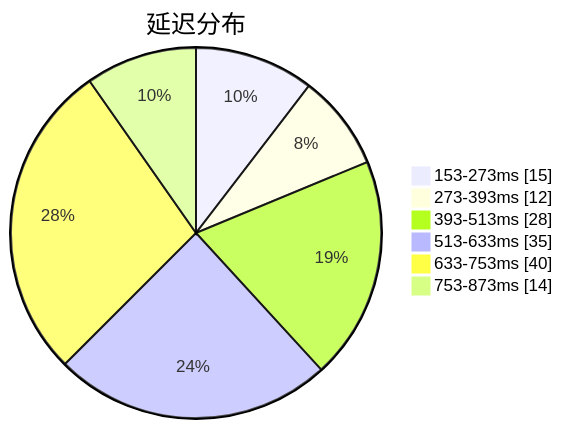
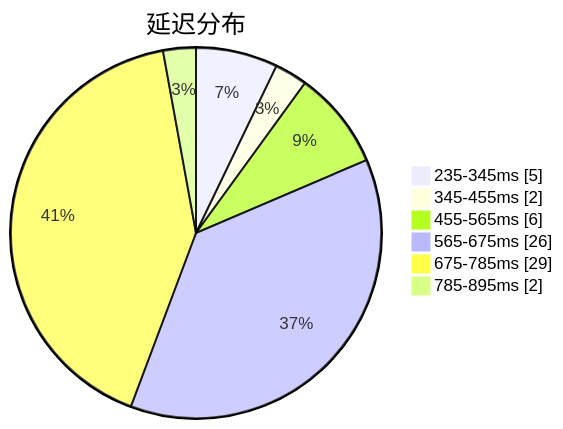
One commit to qjlxg/airport changed the first of 3 diagrams in subs/statistics/tested_within.md. Above: the diagram before and after it, drawn with Mermaid. The commit also changed other lines of this file and 2 other files, not shown here.

Commit message:
Tested by metaST

````diff
--- a/subs/statistics/tested_within.md
+++ b/subs/statistics/tested_within.md
@@ -2,10 +2,10 @@
 ```mermaid
 pie showData
 title 延迟分布
-"153-273ms" : 15
-"273-393ms" : 12
-"393-513ms" : 28
-"513-633ms" : 35
-"633-753ms" : 40
-"753-873ms" : 14
+"235-345ms" : 5
+"345-455ms" : 2
+"455-565ms" : 6
+"565-675ms" : 26
+"675-785ms" : 29
+"785-895ms" : 2
 ```
````
